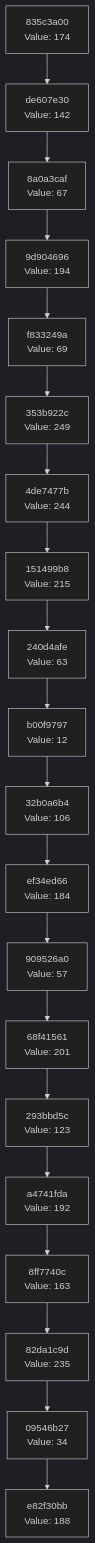
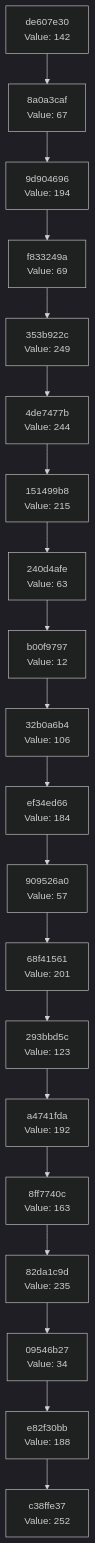
The diagram in docs/CHAIN_VISUALIZATION.md (Abhisheksinha1506/hash-chain-evolver), drawn with Mermaid (dark theme) before and after one commit. The commit also changed 3 other files, not shown here.

````diff
--- a/docs/CHAIN_VISUALIZATION.md
+++ b/docs/CHAIN_VISUALIZATION.md
@@ -3,42 +3,42 @@
 ```mermaid
 graph TD
-    C0["e82f30bb<br/>Value: 188"]
-    C1["09546b27<br/>Value: 34"]
+    C0["c38ffe37<br/>Value: 252"]
+    C1["e82f30bb<br/>Value: 188"]
     C1 --> C0
-    C2["82da1c9d<br/>Value: 235"]
+    C2["09546b27<br/>Value: 34"]
     C2 --> C1
-    C3["8ff7740c<br/>Value: 163"]
+    C3["82da1c9d<br/>Value: 235"]
     C3 --> C2
-    C4["a4741fda<br/>Value: 192"]
+    C4["8ff7740c<br/>Value: 163"]
     C4 --> C3
-    C5["293bbd5c<br/>Value: 123"]
+    C5["a4741fda<br/>Value: 192"]
     C5 --> C4
-    C6["68f41561<br/>Value: 201"]
+    C6["293bbd5c<br/>Value: 123"]
     C6 --> C5
-    C7["909526a0<br/>Value: 57"]
+    C7["68f41561<br/>Value: 201"]
     C7 --> C6
-    C8["ef34ed66<br/>Value: 184"]
+    C8["909526a0<br/>Value: 57"]
     C8 --> C7
-    C9["32b0a6b4<br/>Value: 106"]
+    C9["ef34ed66<br/>Value: 184"]
     C9 --> C8
-    C10["b00f9797<br/>Value: 12"]
+    C10["32b0a6b4<br/>Value: 106"]
     C10 --> C9
-    C11["240d4afe<br/>Value: 63"]
+    C11["b00f9797<br/>Value: 12"]
     C11 --> C10
-    C12["151499b8<br/>Value: 215"]
+    C12["240d4afe<br/>Value: 63"]
     C12 --> C11
-    C13["4de7477b<br/>Value: 244"]
+    C13["151499b8<br/>Value: 215"]
     C13 --> C12
-    C14["353b922c<br/>Value: 249"]
+    C14["4de7477b<br/>Value: 244"]
     C14 --> C13
-    C15["f833249a<br/>Value: 69"]
+    C15["353b922c<br/>Value: 249"]
     C15 --> C14
-    C16["9d904696<br/>Value: 194"]
+    C16["f833249a<br/>Value: 69"]
     C16 --> C15
-    C17["8a0a3caf<br/>Value: 67"]
+    C17["9d904696<br/>Value: 194"]
     C17 --> C16
-    C18["de607e30<br/>Value: 142"]
+    C18["8a0a3caf<br/>Value: 67"]
     C18 --> C17
-    C19["835c3a00<br/>Value: 174"]
+    C19["de607e30<br/>Value: 142"]
     C19 --> C18
 ```
````
